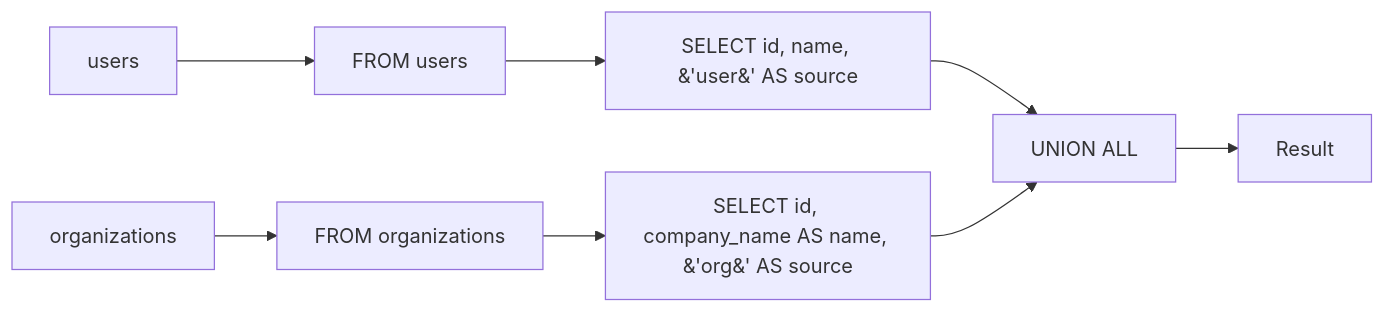
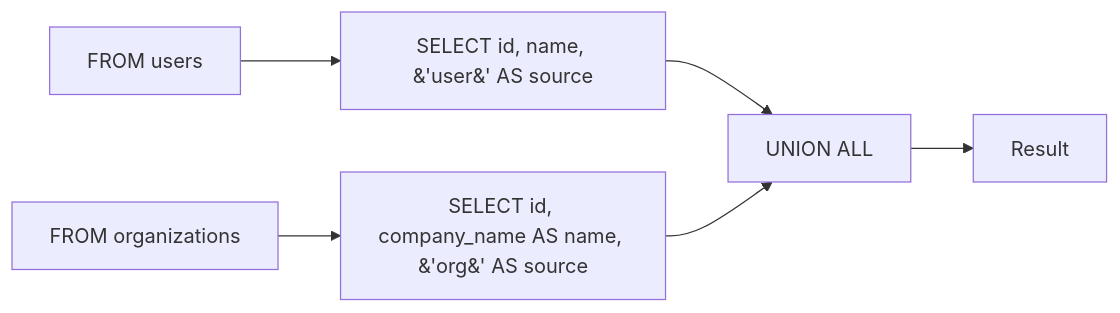
Before and after one commit to rot1024/sqloflow: the diagram in examples/union_query.mmd, drawn with Mermaid. The commit also changed 68 other files, not shown here.

```diff
--- a/examples/union_query.mmd
+++ b/examples/union_query.mmd
@@ -1,16 +1,12 @@
 flowchart LR
-    node_0[users]
-    node_1[FROM users]
-    node_2["SELECT id, name, &#39;user&#39; AS source"]
-    node_3[UNION ALL]
-    node_4[organizations]
-    node_5[FROM organizations]
-    node_6["SELECT id, company_name AS name, &#39;org&#39; AS source"]
-    node_7[Result]
+    node_0[FROM users]
+    node_1["SELECT id, name, &#39;user&#39; AS source"]
+    node_2[UNION ALL]
+    node_3[FROM organizations]
+    node_4["SELECT id, company_name AS name, &#39;org&#39; AS source"]
+    node_5[Result]
     node_0 --> node_1
     node_1 --> node_2
-    node_2 --> node_3
-    node_4 --> node_5
-    node_5 --> node_6
-    node_6 --> node_3
-    node_3 --> node_7
+    node_3 --> node_4
+    node_4 --> node_2
+    node_2 --> node_5
```
